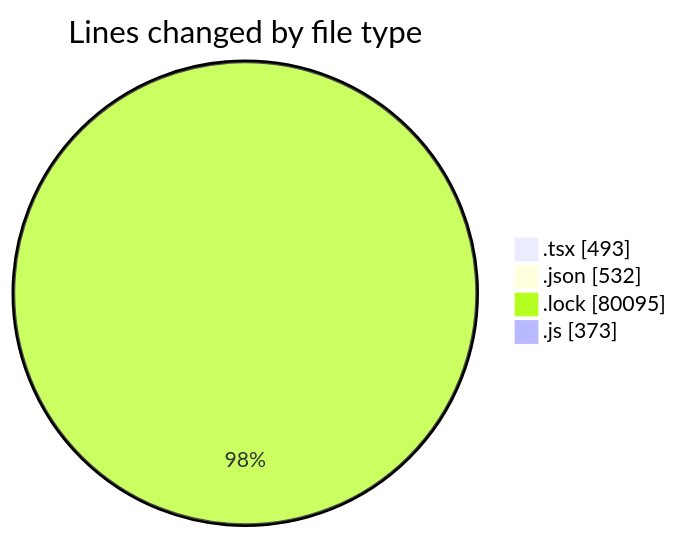
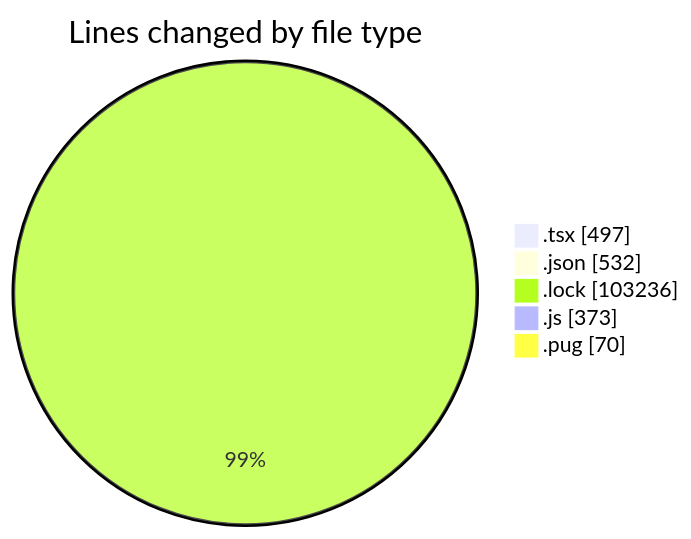
Before and after one commit to momahboobian/code-tracking: the first of 2 diagrams in 2025-03-10/cda/README.md, drawn with Mermaid. The commit also changed other lines of this file and 1 other file, not shown here.

````diff
--- a/2025-03-10/cda/README.md
+++ b/2025-03-10/cda/README.md
@@ -41,8 +44,9 @@
 ```mermaid
 pie showData
 title Lines changed by file type
-".tsx" : 493
+".tsx" : 497
 ".json" : 532
-".lock" : 80095
+".lock" : 103236
 ".js" : 373
+".pug" : 70
 ```
````
